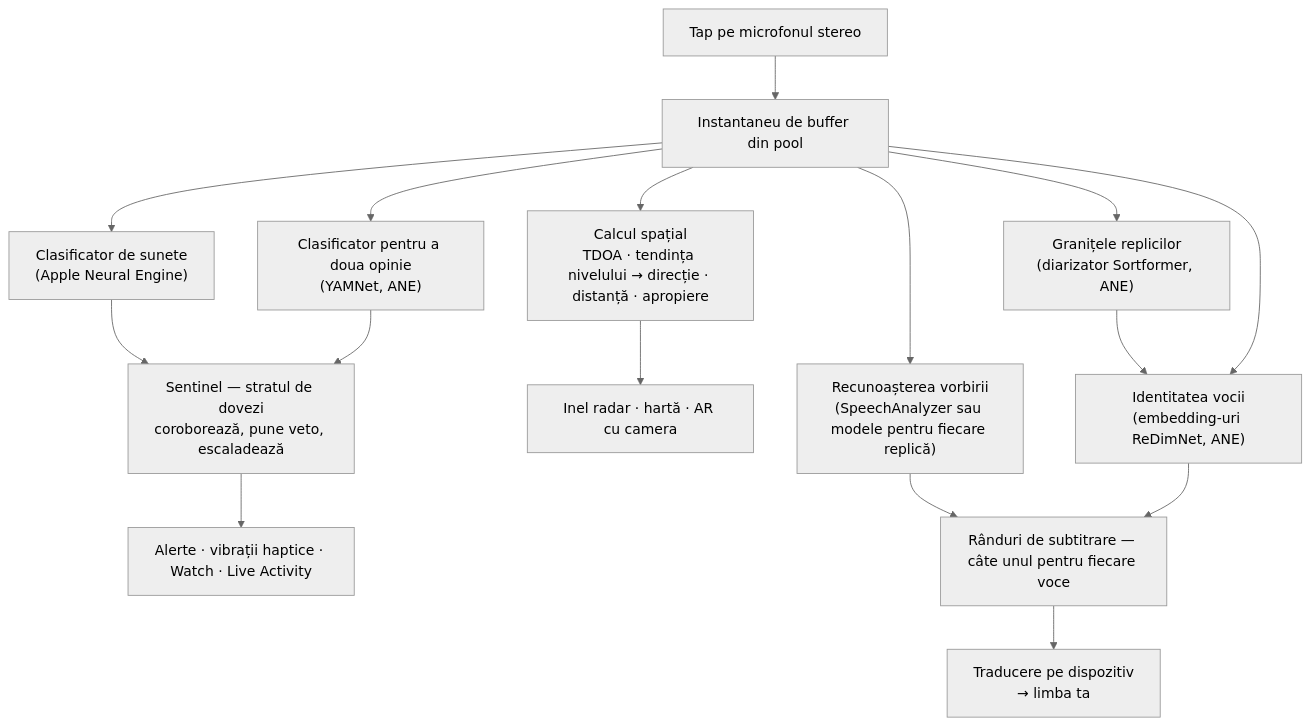
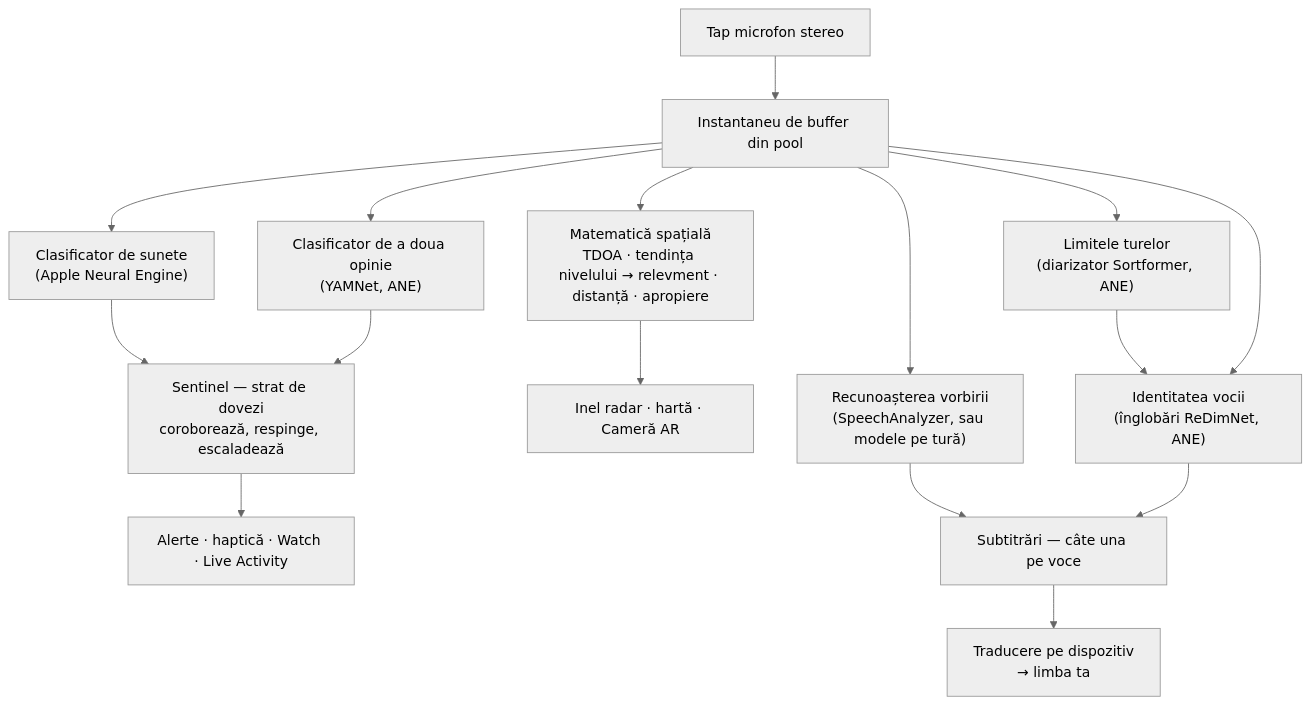
Before and after one commit to rpalm01-star/VigilantEarLegal: the second of 4 diagrams in README_ro.md, drawn with Mermaid (neutral theme). The commit also changed other lines of this file and 14 other files, not shown here.

````diff
--- a/README_ro.md
+++ b/README_ro.md
@@ -145,18 +164,18 @@
 ```mermaid
 graph TD
-    A["Tap pe microfonul stereo"] --> B["Instantaneu de buffer din pool"]
+    A["Tap microfon stereo"] --> B["Instantaneu de buffer din pool"]
     B --> C["Clasificator de sunete<br/>(Apple Neural Engine)"]
-    B --> Y["Clasificator pentru a doua opinie<br/>(YAMNet, ANE)"]
-    C --> S["Sentinel — stratul de dovezi<br/>coroborează, pune veto, escaladează"]
+    B --> Y["Clasificator de a doua opinie<br/>(YAMNet, ANE)"]
+    C --> S["Sentinel — strat de dovezi<br/>coroborează, respinge, escaladează"]
     Y --> S
-    S --> H["Alerte · vibrații haptice · Watch · Live Activity"]
-    B --> D["Calcul spațial<br/>TDOA · tendința nivelului → direcție · distanță · apropiere"]
-    D --> R["Inel radar · hartă · AR cu camera"]
-    B --> F["Recunoașterea vorbirii<br/>(SpeechAnalyzer sau modele pentru fiecare replică)"]
-    B --> N["Granițele replicilor<br/>(diarizator Sortformer, ANE)"]
-    N --> E["Identitatea vocii<br/>(embedding-uri ReDimNet, ANE)"]
+    S --> H["Alerte · haptică · Watch · Live Activity"]
+    B --> D["Matematică spațială<br/>TDOA · tendința nivelului → relevment · distanță · apropiere"]
+    D --> R["Inel radar · hartă · Cameră AR"]
+    B --> F["Recunoașterea vorbirii<br/>(SpeechAnalyzer, sau modele pe tură)"]
+    B --> N["Limitele turelor<br/>(diarizator Sortformer, ANE)"]
+    N --> E["Identitatea vocii<br/>(înglobări ReDimNet, ANE)"]
     B --> E
-    F --> G["Rânduri de subtitrare — câte unul pentru fiecare voce"]
+    F --> G["Subtitrări — câte una pe voce"]
     E --> G
     G --> T["Traducere pe dispozitiv<br/>→ limba ta"]
 ```
````
